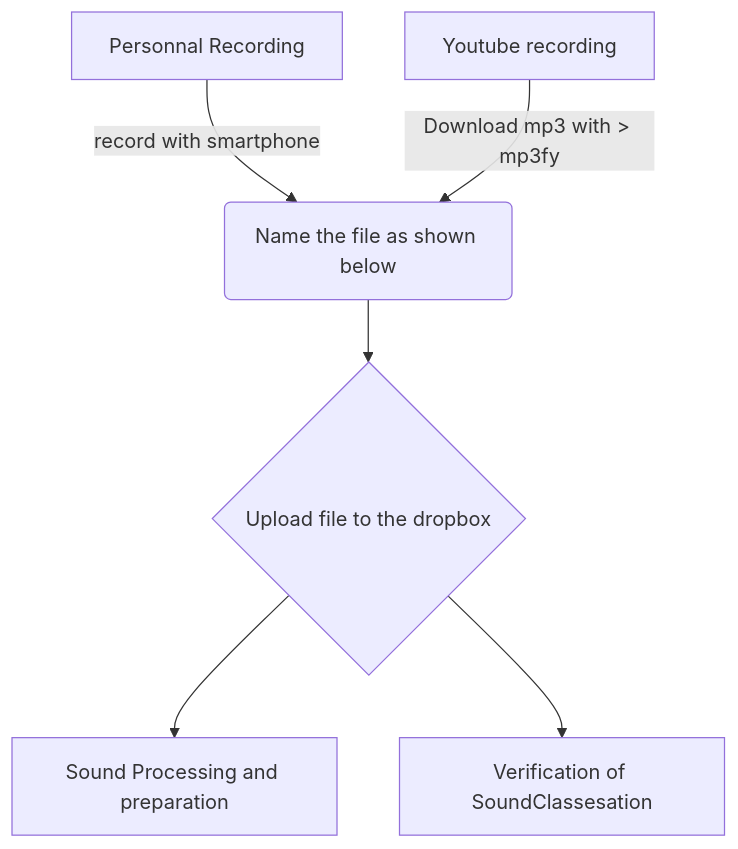
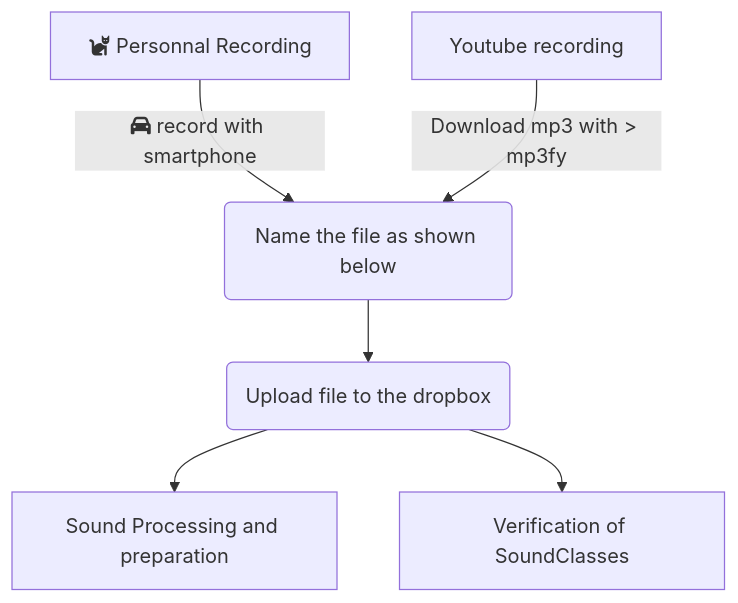
Before and after one commit to FrogBoss74/RealCatTranslator: the diagram in README.md, drawn with Mermaid. The commit also changed other lines of this file, not shown here.

Commit message:
README.md updated from https://stackedit.io/

````diff
--- a/README.md
+++ b/README.md
@@ -24,8 +24,8 @@
 ```mermaid
 graph TD
-A1[Personnal Recording] -->|record with smartphone| B(Name the file as shown below)
+A1[fa:fa-cat Personnal Recording] -->|fa:fa-car record with smartphone| B(Name the file as shown below)
 A2[Youtube recording] -->|Download mp3 with > mp3fy| B
-B --> C{Upload file to the dropbox}
+B --> C(Upload file to the dropbox)
 C -->D1[Sound Processing and preparation]
-C -->D2[Verification of SoundClassesation]
+C -->D2[Verification of SoundClasses]
 ```
````
